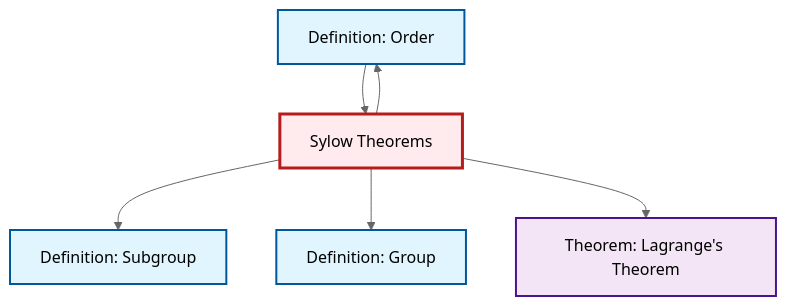
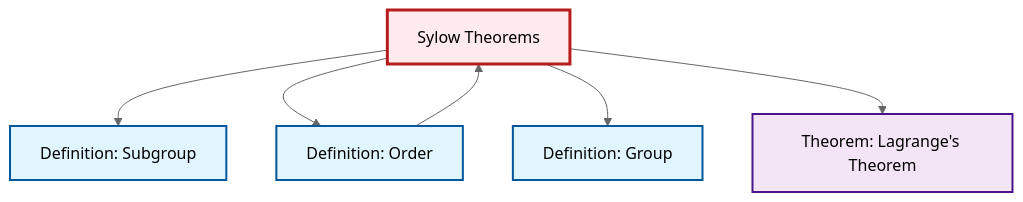
One commit to RK0429/ModernMath changed the diagram in content/ja/algebra/thm-sylow.qmd. Above: the diagram before and after it, drawn with Mermaid (neutral theme). The commit also changed other lines of this file and 619 other files, not shown here.

````diff
--- a/content/ja/algebra/thm-sylow.qmd
+++ b/content/ja/algebra/thm-sylow.qmd
@@ -86,24 +86,24 @@
 ```{mermaid}
 %%| fig-cap: "Local dependency graph"
 graph TD
     classDef definition fill:#e1f5fe,stroke:#01579b,stroke-width:2px
     classDef theorem fill:#f3e5f5,stroke:#4a148c,stroke-width:2px
     classDef axiom fill:#fff3e0,stroke:#e65100,stroke-width:2px
     classDef example fill:#e8f5e9,stroke:#1b5e20,stroke-width:2px
     classDef current fill:#ffebee,stroke:#b71c1c,stroke-width:3px
     thm-lagrange["Theorem: Lagrange's Theorem"]:::theorem
-    def-order["Definition: Order"]:::definition
-    thm-sylow["Sylow Theorems"]:::theorem
     def-group["Definition: Group"]:::definition
     def-subgroup["Definition: Subgroup"]:::definition
+    thm-sylow["Sylow Theorems"]:::theorem
+    def-order["Definition: Order"]:::definition
     thm-sylow --> def-subgroup
+    thm-sylow --> def-order
     thm-sylow --> def-group
     thm-sylow --> thm-lagrange
-    thm-sylow --> def-order
     def-order --> thm-sylow
     class thm-sylow current
     click thm-lagrange "thm-lagrange.html" "Theorem: Lagrange's Theoremへ"
-    click def-order "def-order.html" "Definition: Orderへ"
     click def-group "def-group.html" "Definition: Groupへ"
     click def-subgroup "def-subgroup.html" "Definition: Subgroupへ"
+    click def-order "def-order.html" "Definition: Orderへ"
 ```
````
